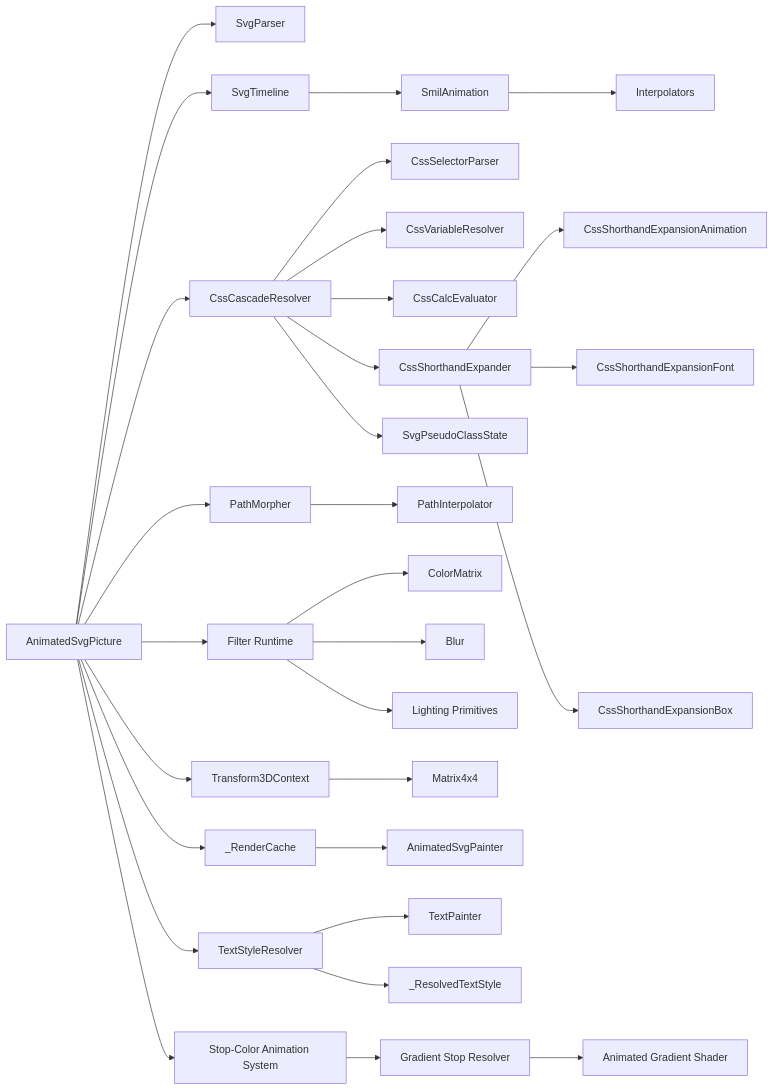
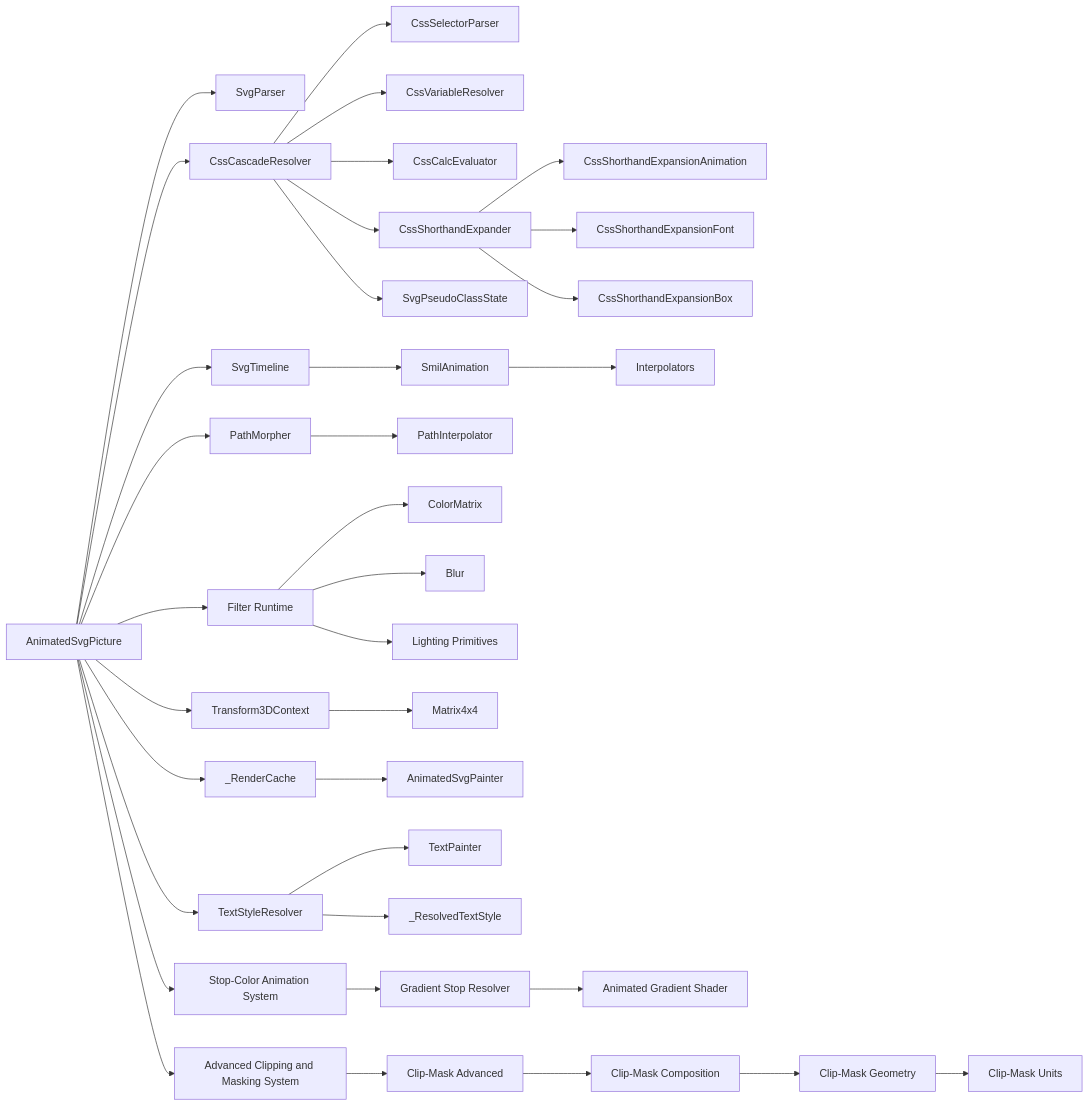
Diagram 19 of 19 in .qoder/repowiki/en/content/Animated SVG Support/Advanced Animation Features/Advanced Animation Features.md (denisnadey/flutter_full_svg_support), drawn with Mermaid before and after one commit. The commit also changed other lines of this file and 20 other files, not shown here.

````diff
--- a/.qoder/repowiki/en/content/Animated SVG Support/Advanced Animation Features/Advanced Animation Features.md
+++ b/.qoder/repowiki/en/content/Animated SVG Support/Advanced Animation Features/Advanced Animation Features.md
@@ -1305,32 +1522,37 @@
 ```mermaid
 graph LR
 Picture["AnimatedSvgPicture"] --> Parser["SvgParser"]
 Picture --> Timeline["SvgTimeline"]
 Picture --> CssCascade["CssCascadeResolver"]
 CssCascade --> CssSelectors["CssSelectorParser"]
 CssCascade --> CssVars["CssVariableResolver"]
 CssCascade --> CssCalc["CssCalcEvaluator"]
 CssCascade --> ShorthandExpander["CssShorthandExpander"]
 ShorthandExpander --> AnimationExpander["CssShorthandExpansionAnimation"]
 ShorthandExpander --> FontExpander["CssShorthandExpansionFont"]
 ShorthandExpander --> BoxExpander["CssShorthandExpansionBox"]
 CssCascade --> PseudoState["SvgPseudoClassState"]
 Timeline --> Anim["SmilAnimation"]
 Anim --> Interp["Interpolators"]
 Picture --> Morph["PathMorpher"]
 Morph --> InterpPath["PathInterpolator"]
 Picture --> Filters["Filter Runtime"]
 Filters --> CM["ColorMatrix"]
 Filters --> Blur["Blur"]
 Filters --> Light["Lighting Primitives"]
 Picture --> Transform3D["Transform3DContext"]
 Transform3D --> Matrix4x4["Matrix4x4"]
 Picture --> RenderCache["_RenderCache"]
 RenderCache --> Painter["AnimatedSvgPainter"]
 Picture --> TextStyle["TextStyleResolver"]
 TextStyle --> TextPaint["TextPainter"]
 TextStyle --> ResolvedStyle["_ResolvedTextStyle"]
 Picture --> StopColorSystem["Stop-Color Animation System"]
 StopColorSystem --> GradientResolver["Gradient Stop Resolver"]
 GradientResolver --> GradientShader["Animated Gradient Shader"]
+Picture --> ClipMaskSystem["Advanced Clipping and Masking System"]
+ClipMaskSystem --> ClipMaskAdvanced["Clip-Mask Advanced"]
+ClipMaskAdvanced --> ClipMaskComposition["Clip-Mask Composition"]
+ClipMaskComposition --> ClipMaskGeometry["Clip-Mask Geometry"]
+ClipMaskGeometry --> ClipMaskUnits["Clip-Mask Units"]
 ```
````
